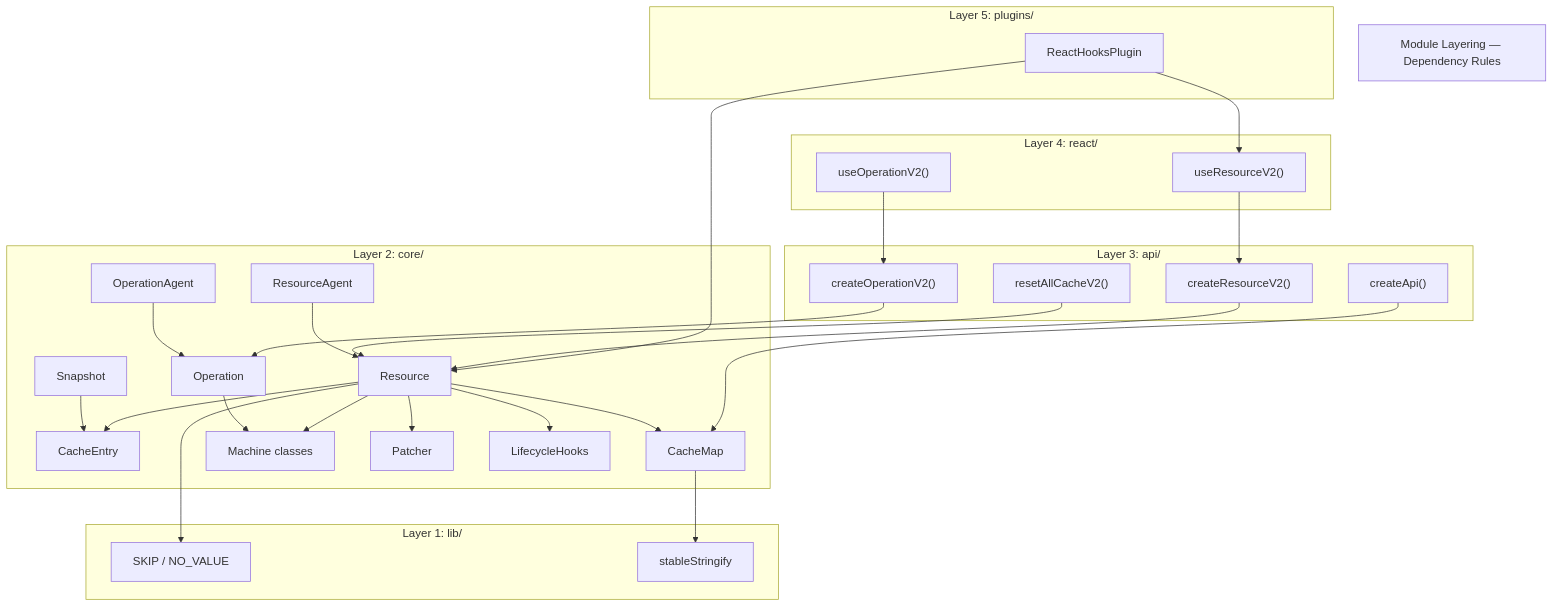
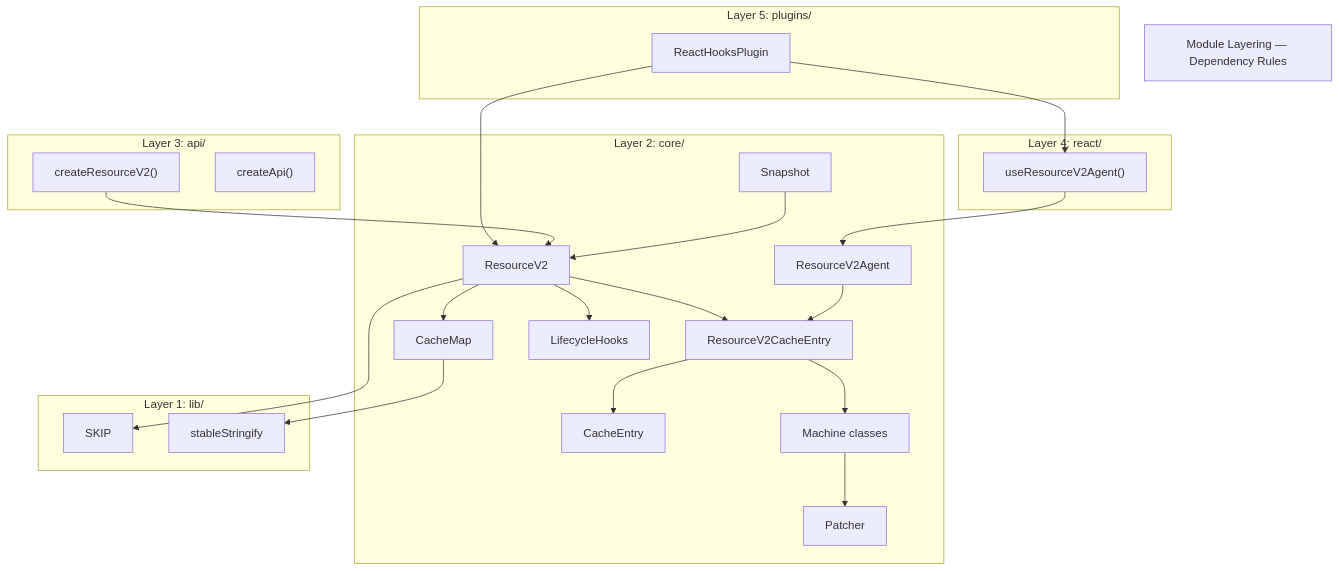
One commit to fozy-labs/rx-toolkit changed the second of 8 diagrams in .thoughts/2026-03-23-1400_query-v2-full-implementation/02-design/01-architecture.md. Above: the diagram before and after it, drawn with Mermaid. The commit also changed other lines of this file and 204 other files, not shown here.

````diff
--- a/.thoughts/2026-03-23-1400_query-v2-full-implementation/02-design/01-architecture.md
+++ b/.thoughts/2026-03-23-1400_query-v2-full-implementation/02-design/01-architecture.md
@@ -36,58 +36,49 @@
 ```mermaid
 graph TB
     title["Module Layering — Dependency Rules"]
     
     subgraph "Layer 5: plugins/"
         RHP["ReactHooksPlugin"]
     end
     
     subgraph "Layer 4: react/"
-        useResource["useResourceV2()"]
-        useOperation["useOperationV2()"]
+        useResAgent["useResourceV2Agent()"]
     end
     
     subgraph "Layer 3: api/"
         createResource["createResourceV2()"]
-        createOperation["createOperationV2()"]
         createApi["createApi()"]
-        resetAll["resetAllCacheV2()"]
     end
     
     subgraph "Layer 2: core/"
-        Resource["Resource"]
-        Operation["Operation"]
-        Agent["ResourceAgent"]
-        OpAgent["OperationAgent"]
+        ResourceV2["ResourceV2"]
+        Agent["ResourceV2Agent"]
+        RCE["ResourceV2CacheEntry"]
         CacheEntry["CacheEntry"]
         CacheMap["CacheMap"]
         Machines["Machine classes"]
         Patcher["Patcher"]
         LifecycleHooks["LifecycleHooks"]
         Snapshot["Snapshot"]
     end
     
     subgraph "Layer 1: lib/"
-        SKIP["SKIP / NO_VALUE"]
+        SKIP["SKIP"]
         stableStringify["stableStringify"]
     end
     
-    RHP --> useResource
-    RHP --> Resource
-    useResource --> createResource
-    useOperation --> createOperation
-    createResource --> Resource
-    createOperation --> Operation
-    createApi --> CacheMap
-    resetAll --> Resource
-    Resource --> CacheEntry
-    Resource --> CacheMap
-    Resource --> Machines
-    Resource --> Patcher
-    Resource --> LifecycleHooks
-    Operation --> Machines
-    Agent --> Resource
-    OpAgent --> Operation
-    Snapshot --> CacheEntry
+    RHP --> useResAgent
+    RHP --> ResourceV2
+    useResAgent --> Agent
+    createResource --> ResourceV2
+    ResourceV2 --> CacheMap
+    ResourceV2 --> RCE
+    ResourceV2 --> LifecycleHooks
+    Agent --> RCE
+    RCE --> CacheEntry
+    RCE --> Machines
+    Machines --> Patcher
+    Snapshot --> ResourceV2
     CacheMap --> stableStringify
-    Resource --> SKIP
+    ResourceV2 --> SKIP
 ```
````
